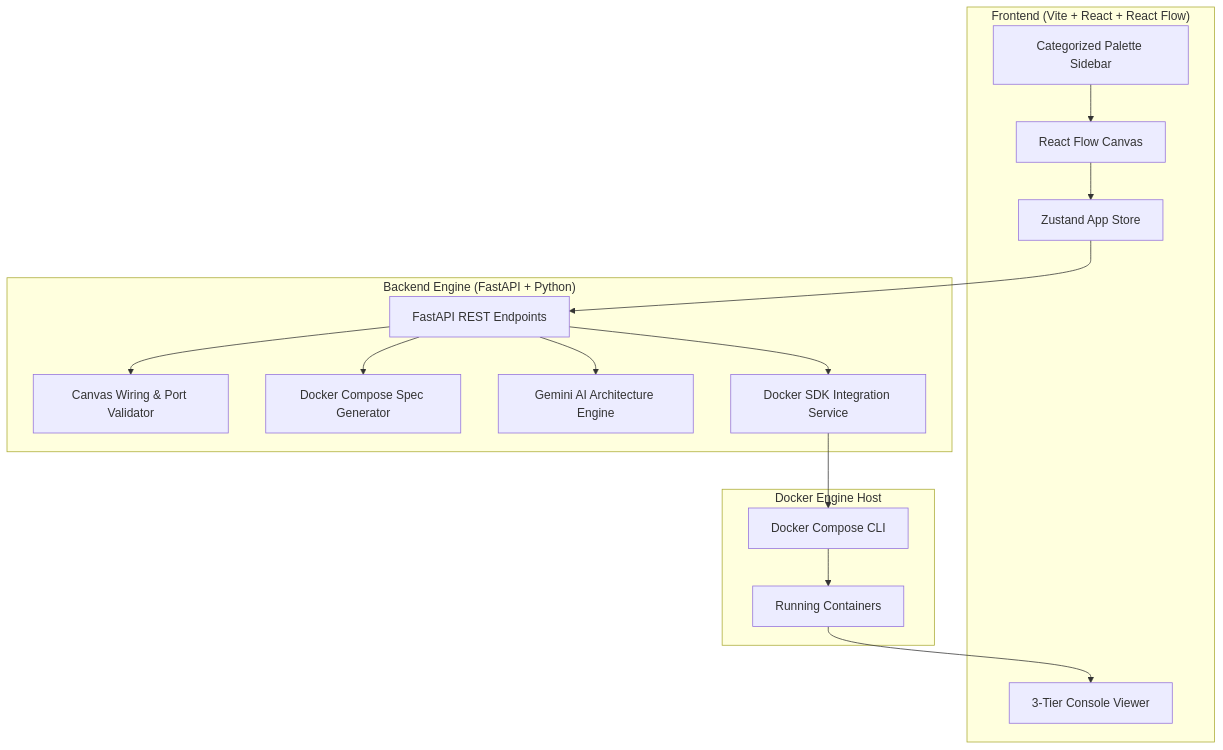
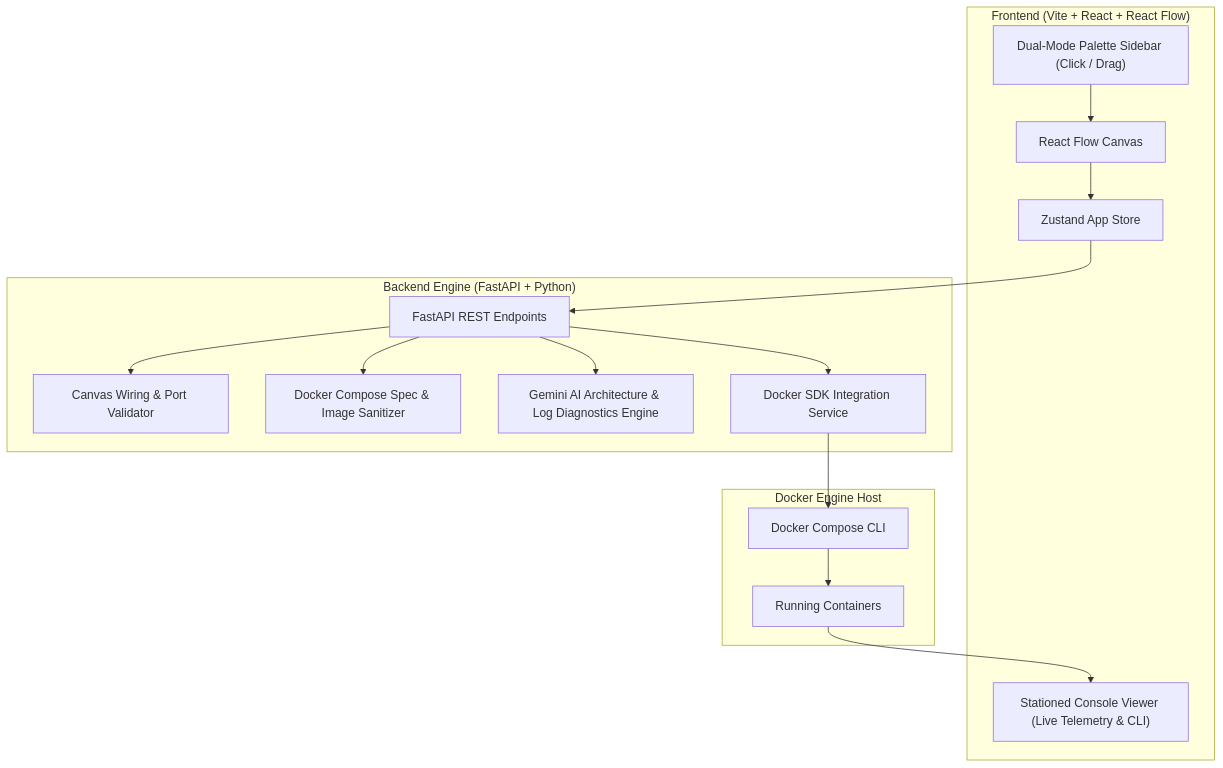
One commit to SatwikGupta05/VisualDocker changed the diagram in README.md. Above: the diagram before and after it, drawn with Mermaid. The commit also changed other lines of this file, not shown here.

````diff
--- a/README.md
+++ b/README.md
@@ -20,33 +23,33 @@
 ```mermaid
 graph TD
     subgraph Frontend ["Frontend (Vite + React + React Flow)"]
         Canvas["React Flow Canvas"]
-        Sidebar["Categorized Palette Sidebar"]
-        Console["3-Tier Console Viewer"]
+        Sidebar["Dual-Mode Palette Sidebar (Click / Drag)"]
+        Console["Stationed Console Viewer (Live Telemetry & CLI)"]
         Store["Zustand App Store"]
     end
 
     subgraph Backend ["Backend Engine (FastAPI + Python)"]
         API["FastAPI REST Endpoints"]
         Validator["Canvas Wiring & Port Validator"]
-        Generator["Docker Compose Spec Generator"]
-        AISuggest["Gemini AI Architecture Engine"]
+        Generator["Docker Compose Spec & Image Sanitizer"]
+        AISuggest["Gemini AI Architecture & Log Diagnostics Engine"]
         DockerService["Docker SDK Integration Service"]
     end
 
     subgraph Runtime ["Docker Engine Host"]
         DockerCompose["Docker Compose CLI"]
         Containers["Running Containers"]
     end
 
     Canvas --> Store
     Sidebar --> Canvas
     Store --> API
     API --> Validator
     API --> Generator
     API --> AISuggest
     API --> DockerService
     DockerService --> DockerCompose
     DockerCompose --> Containers
     Containers --> Console
 ```
````
